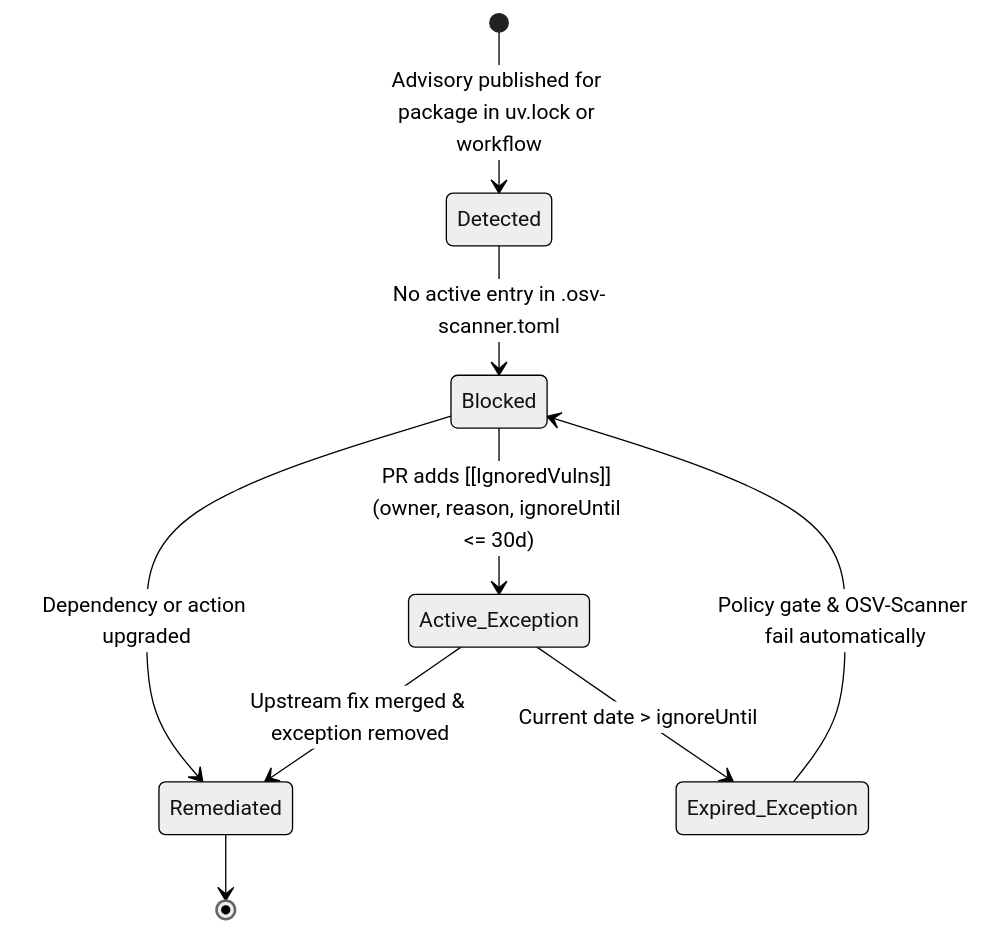
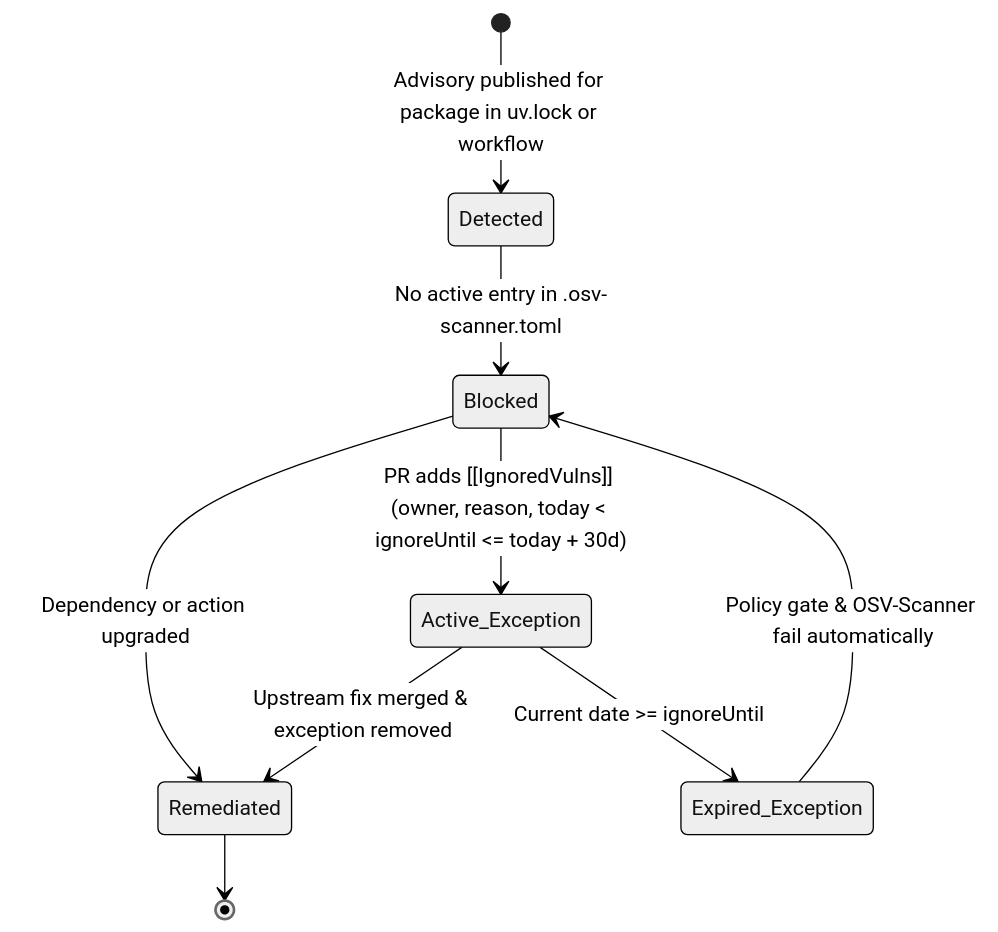
One commit to etalab-ia/document-ia changed the second of 2 diagrams in docs/VULNERABILITY_MANAGEMENT_POLICY.md. Above: the diagram before and after it, drawn with Mermaid (neutral theme). The commit also changed other lines of this file and 2 other files, not shown here.

Commit message:
fix: align vulnerability exception expiry with OSV
Treat an ignoreUntil date equal to the UTC reference date as expired,
matching OSV-Scanner v2.7.0's strict After(time.Now()) check.

Add same-day and next-day regression coverage and update the D7 policy
documentation accordingly.

👾 Generated with [Letta Code](https://letta.com)

Model: deepseek/deepseek-v4.1-flash

````diff
--- a/docs/VULNERABILITY_MANAGEMENT_POLICY.md
+++ b/docs/VULNERABILITY_MANAGEMENT_POLICY.md
@@ -89,11 +89,11 @@
 ```mermaid
 stateDiagram-v2
     [*] --> Detected : Advisory published for package in uv.lock or workflow
     Detected --> Blocked : No active entry in .osv-scanner.toml
     Blocked --> Remediated : Dependency or action upgraded
-    Blocked --> Active_Exception : PR adds [[IgnoredVulns]] (owner, reason, ignoreUntil <= 30d)
+    Blocked --> Active_Exception : PR adds [[IgnoredVulns]] (owner, reason, today < ignoreUntil <= today + 30d)
     Active_Exception --> Remediated : Upstream fix merged & exception removed
-    Active_Exception --> Expired_Exception : Current date > ignoreUntil
+    Active_Exception --> Expired_Exception : Current date >= ignoreUntil
     Expired_Exception --> Blocked : Policy gate & OSV-Scanner fail automatically
     Remediated --> [*]
 ```
````
